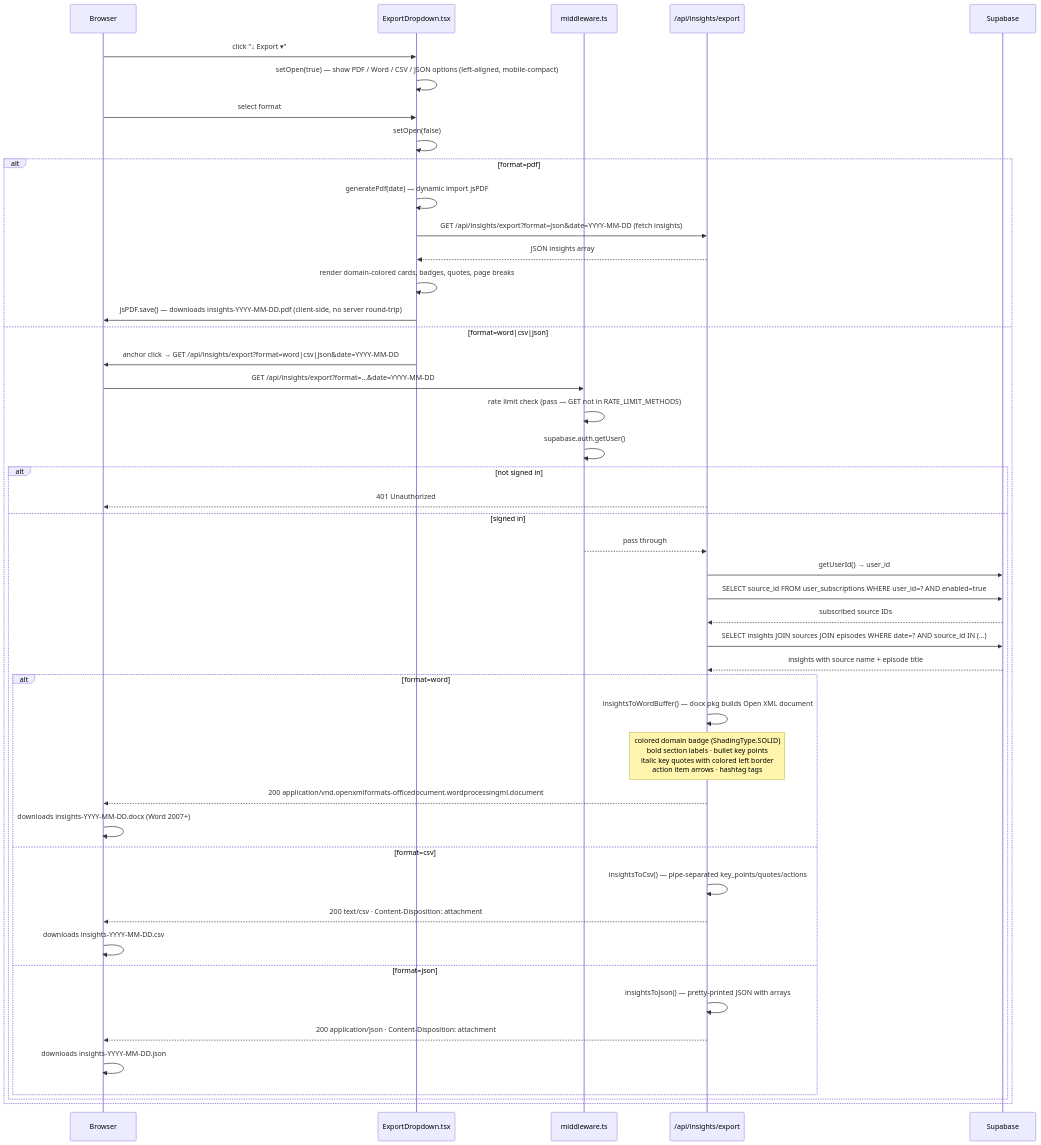
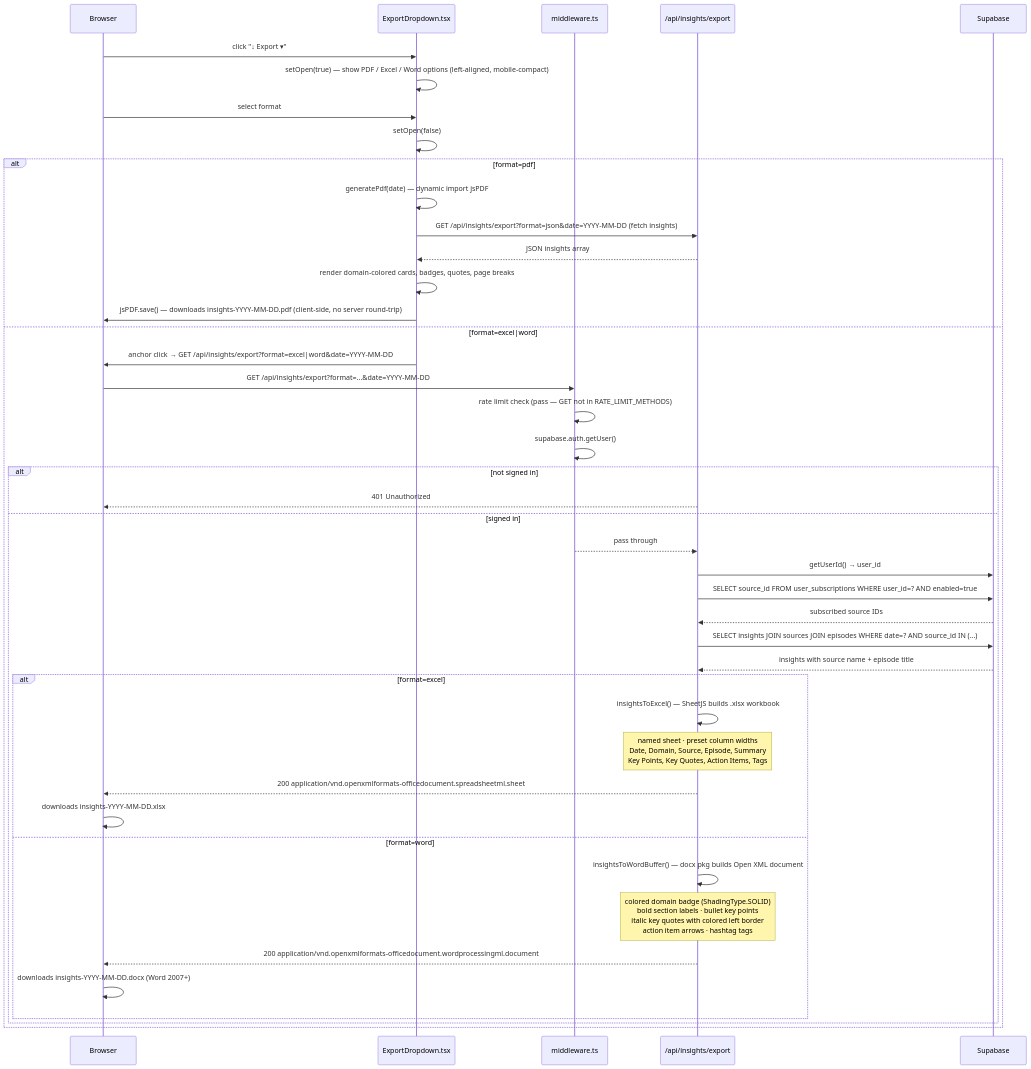
Before and after one commit to vtghub/PodcastsSummarizer: diagram 17 of 25 in docs/request-workflow.md, drawn with Mermaid. The commit also changed other lines of this file and 1 other file, not shown here.

Commit message:
docs: update export and onboarding docs post-PRs #254-#257
- README: export dropdown now PDF/Excel/Word (removed CSV/JSON), updated
  dashboard/page.tsx comment, ExportDropdown description, Dashboard Features
  Export row (added Excel .xlsx details, removed CSV/JSON)
- request-workflow.md diagram 17: updated title and flow to PDF/Excel/Word,
  added Excel generation step (SheetJS), removed CSV/JSON paths

````diff
--- a/docs/request-workflow.md
+++ b/docs/request-workflow.md
@@ -591,53 +591,50 @@
 ```mermaid
 sequenceDiagram
     participant B as Browser
     participant DD as ExportDropdown.tsx
     participant MW as middleware.ts
     participant API as /api/insights/export
     participant DB as Supabase
 
     B->>DD: click "↓ Export ▾"
-    DD->>DD: setOpen(true) — show PDF / Word / CSV / JSON options (left-aligned, mobile-compact)
+    DD->>DD: setOpen(true) — show PDF / Excel / Word options (left-aligned, mobile-compact)
 
     B->>DD: select format
     DD->>DD: setOpen(false)
 
     alt format=pdf
         DD->>DD: generatePdf(date) — dynamic import jsPDF
         DD->>API: GET /api/insights/export?format=json&date=YYYY-MM-DD (fetch insights)
         API-->>DD: JSON insights array
         DD->>DD: render domain-colored cards, badges, quotes, page breaks
         DD->>B: jsPDF.save() — downloads insights-YYYY-MM-DD.pdf (client-side, no server round-trip)
-    else format=word|csv|json
-        DD->>B: anchor click → GET /api/insights/export?format=word|csv|json&date=YYYY-MM-DD
+    else format=excel|word
+        DD->>B: anchor click → GET /api/insights/export?format=excel|word&date=YYYY-MM-DD
 
         B->>MW: GET /api/insights/export?format=...&date=YYYY-MM-DD
         MW->>MW: rate limit check (pass — GET not in RATE_LIMIT_METHODS)
         MW->>MW: supabase.auth.getUser()
         alt not signed in
             API-->>B: 401 Unauthorized
         else signed in
             MW-->>API: pass through
             API->>DB: getUserId() → user_id
             API->>DB: SELECT source_id FROM user_subscriptions WHERE user_id=? AND enabled=true
             DB-->>API: subscribed source IDs
             API->>DB: SELECT insights JOIN sources JOIN episodes WHERE date=? AND source_id IN (...)
             DB-->>API: insights with source name + episode title
 
-            alt format=word
+            alt format=excel
+                API->>API: insightsToExcel() — SheetJS builds .xlsx workbook
+                Note over API: named sheet · preset column widths<br/>Date, Domain, Source, Episode, Summary<br/>Key Points, Key Quotes, Action Items, Tags
+                API-->>B: 200 application/vnd.openxmlformats-officedocument.spreadsheetml.sheet
+                B->>B: downloads insights-YYYY-MM-DD.xlsx
+            else format=word
                 API->>API: insightsToWordBuffer() — docx pkg builds Open XML document
                 Note over API: colored domain badge (ShadingType.SOLID)<br/>bold section labels · bullet key points<br/>italic key quotes with colored left border<br/>action item arrows · hashtag tags
                 API-->>B: 200 application/vnd.openxmlformats-officedocument.wordprocessingml.document
                 B->>B: downloads insights-YYYY-MM-DD.docx (Word 2007+)
-            else format=csv
-                API->>API: insightsToCsv() — pipe-separated key_points/quotes/actions
-                API-->>B: 200 text/csv · Content-Disposition: attachment
-                B->>B: downloads insights-YYYY-MM-DD.csv
-            else format=json
-                API->>API: insightsToJson() — pretty-printed JSON with arrays
-                API-->>B: 200 application/json · Content-Disposition: attachment
-                B->>B: downloads insights-YYYY-MM-DD.json
             end
         end
     end
 ```
````
